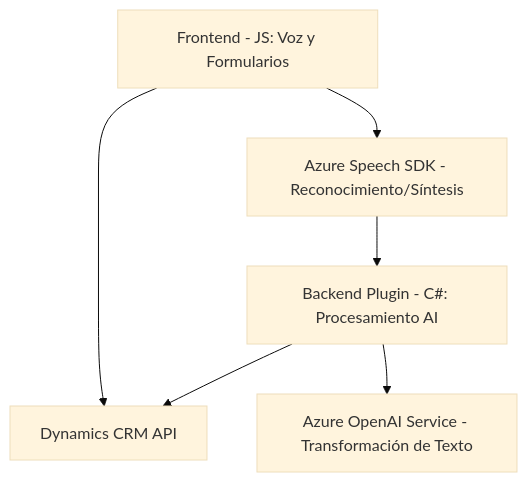
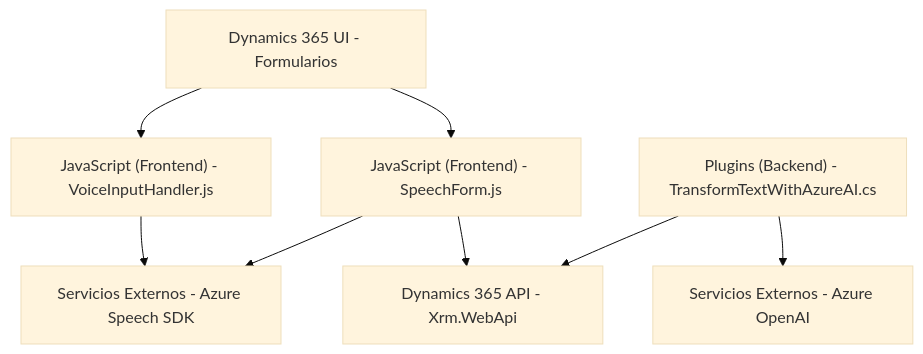
One commit to blopezdm/NETCORE_BILBAO2025 changed the diagram in README.md. Above: the diagram before and after it, drawn with Mermaid (base theme). The commit also changed other lines of this file, not shown here.

````diff
--- a/README.md
+++ b/README.md
@@ -26,14 +61,18 @@
 ```mermaid
 graph TD
-    A["Frontend - JS: Voz y Formularios"]
-    B["Azure Speech SDK - Reconocimiento/Síntesis"]
-    C["Backend Plugin - C#: Procesamiento AI"]
-    D["Dynamics CRM API"]
-    E["Azure OpenAI Service - Transformación de Texto"]
+    A["Dynamics 365 UI - Formularios"]
+    B["JavaScript (Frontend) - VoiceInputHandler.js"]
+    C["JavaScript (Frontend) - SpeechForm.js"]
+    D["Plugins (Backend) - TransformTextWithAzureAI.cs"]
+    E["Servicios Externos - Azure Speech SDK"]
+    F["Servicios Externos - Azure OpenAI"]
+    G["Dynamics 365 API - Xrm.WebApi"]
 
     A --> B
-    B --> C
-    A --> D
-    C --> D
+    A --> C
+    B --> E
     C --> E
+    C --> G
+    D --> F
+    D --> G
 ```
````
